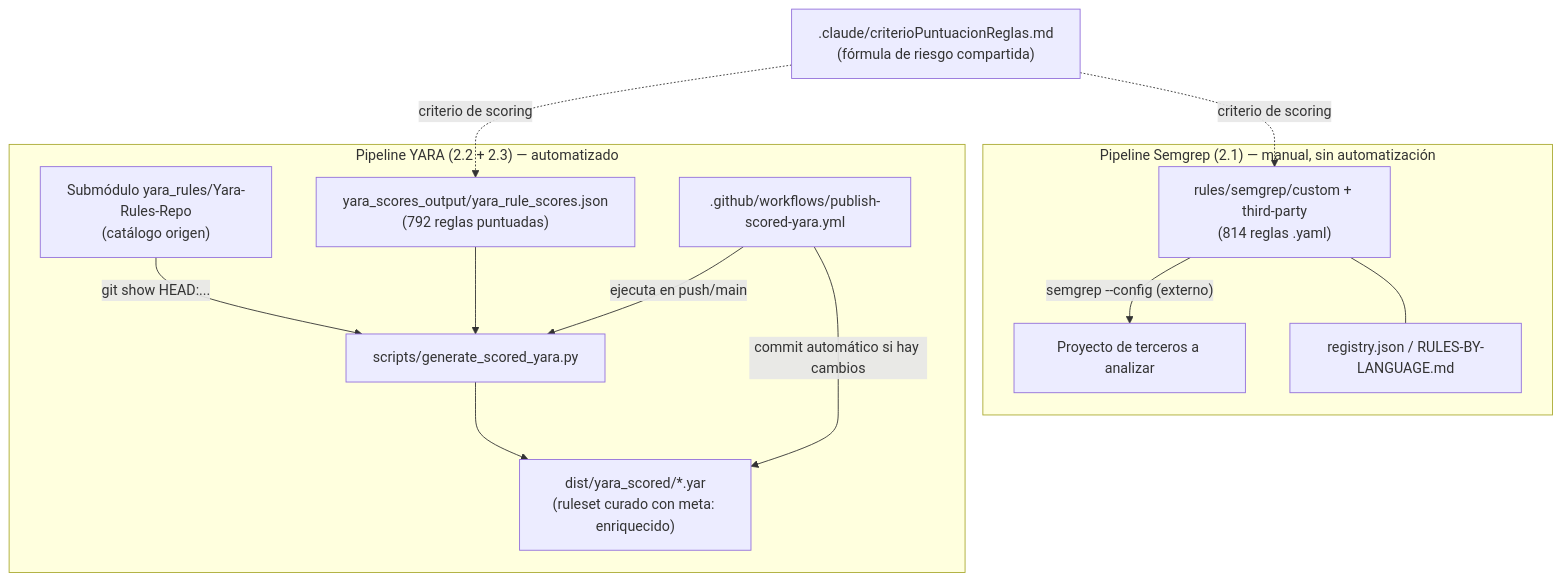
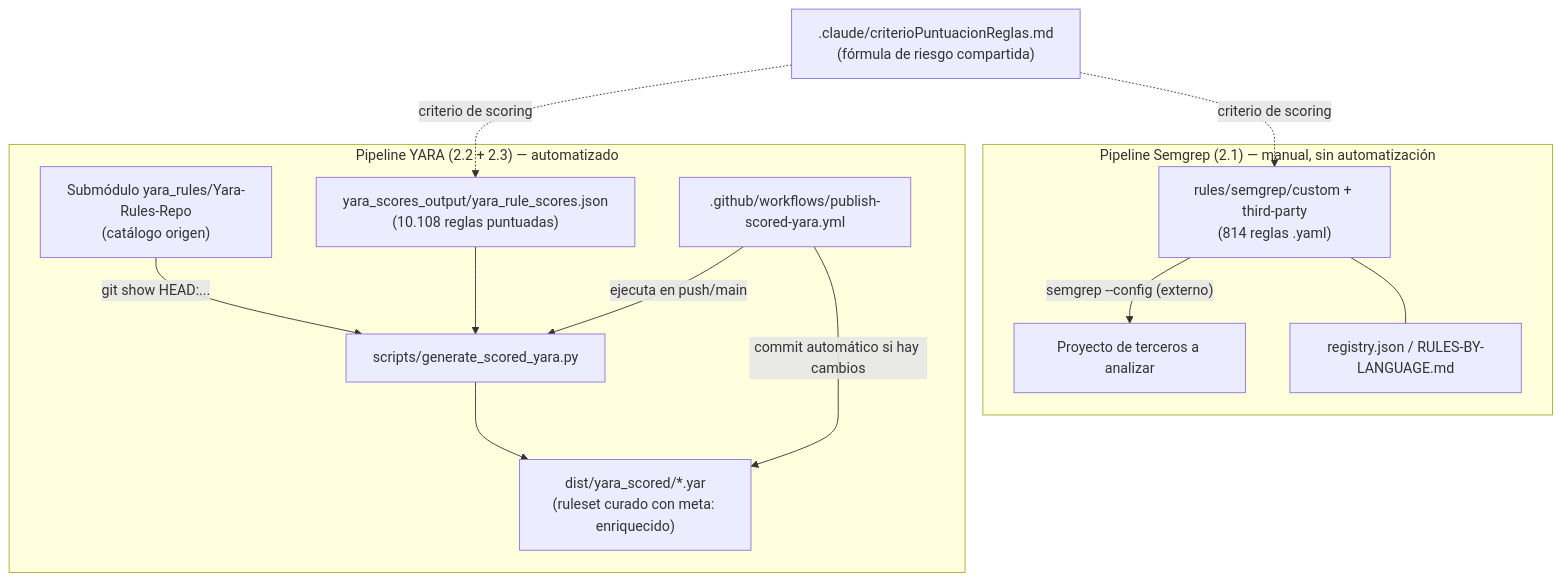
One commit to pablojimz/Repo-reglas-SEMGREP-y-YARA changed the diagram in docs/progreso/progreso_Pablo_Jimenez_Castro.md. Above: the diagram before and after it, drawn with Mermaid. The commit also changed other lines of this file and 34 other files, not shown here.

````diff
--- a/docs/progreso/progreso_Pablo_Jimenez_Castro.md
+++ b/docs/progreso/progreso_Pablo_Jimenez_Castro.md
@@ -306,18 +309,18 @@
 ```mermaid
 graph TD
     subgraph "Pipeline Semgrep (2.1) — manual, sin automatización"
         A["rules/semgrep/custom + third-party<br/>(814 reglas .yaml)"] -->|"semgrep --config (externo)"| B["Proyecto de terceros a analizar"]
         A --- C["registry.json / RULES-BY-LANGUAGE.md"]
     end
 
     subgraph "Pipeline YARA (2.2 + 2.3) — automatizado"
         D["Submódulo yara_rules/Yara-Rules-Repo<br/>(catálogo origen)"] -->|"git show HEAD:..."| E["scripts/generate_scored_yara.py"]
-        F["yara_scores_output/yara_rule_scores.json<br/>(792 reglas puntuadas)"] --> E
+        F["yara_scores_output/yara_rule_scores.json<br/>(10.108 reglas puntuadas)"] --> E
         E --> G["dist/yara_scored/*.yar<br/>(ruleset curado con meta: enriquecido)"]
         H[".github/workflows/publish-scored-yara.yml"] -->|"ejecuta en push/main"| E
         H -->|"commit automático si hay cambios"| G
     end
 
     I[".claude/criterioPuntuacionReglas.md<br/>(fórmula de riesgo compartida)"] -.->|"criterio de scoring"| A
     I -.->|"criterio de scoring"| F
 ```
````
